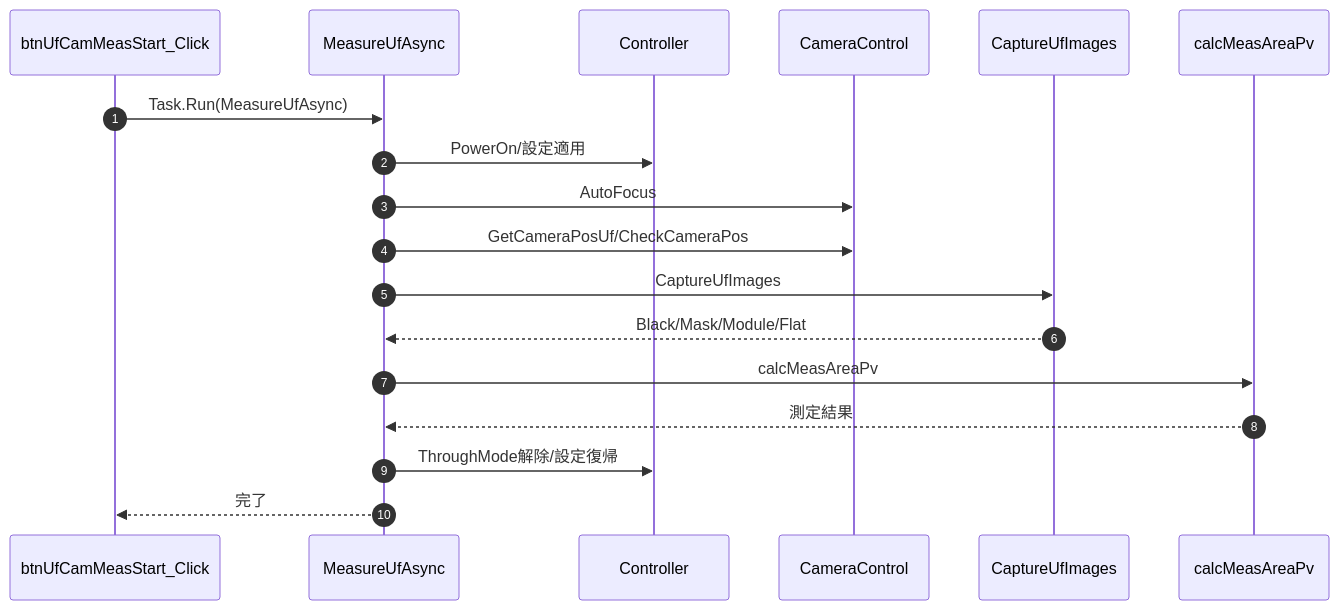
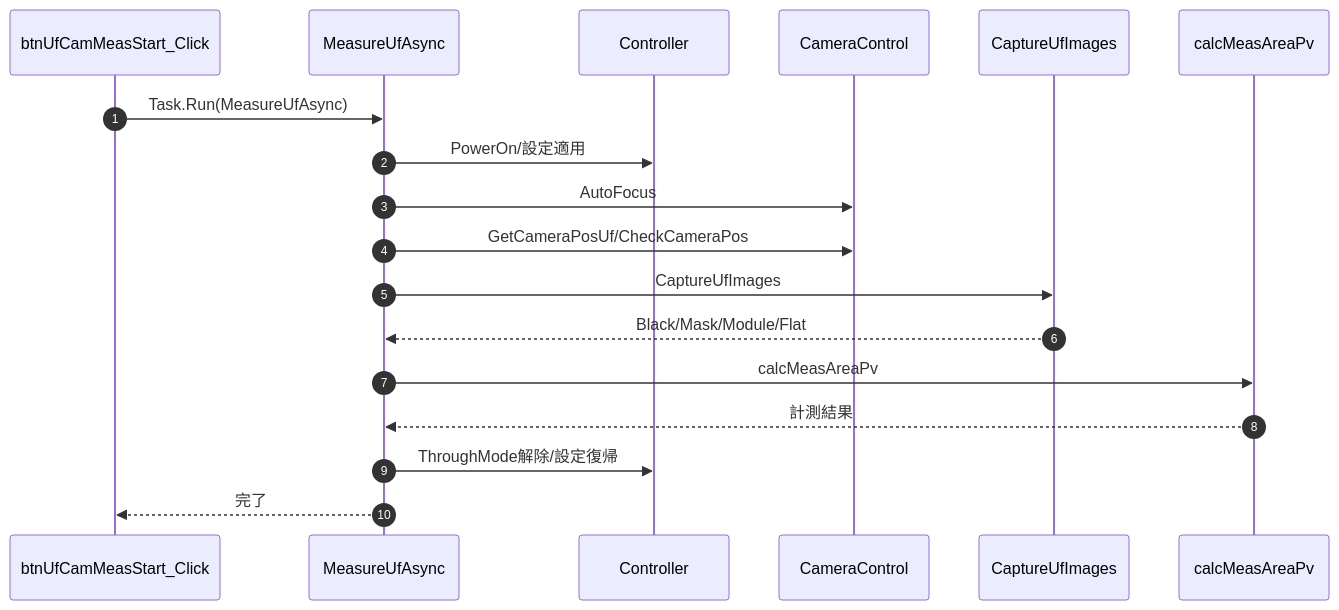
One commit to HottaTakayuki/ColorAlignmentSoftware changed the third of 8 diagrams in docs/02-01.UfCamera/UfCamera_詳細設計書/08_メソッド仕様/08-2_業務処理メソッド.md. Above: the diagram before and after it, drawn with Mermaid. The commit also changed other lines of this file and 69 other files, not shown here.

````diff
--- a/docs/02-01.UfCamera/UfCamera_詳細設計書/08_メソッド仕様/08-2_業務処理メソッド.md
+++ b/docs/02-01.UfCamera/UfCamera_詳細設計書/08_メソッド仕様/08-2_業務処理メソッド.md
@@ -233,20 +233,20 @@
 ```mermaid
 sequenceDiagram
     autonumber
     participant UI as btnUfCamMeasStart_Click
     participant MEAS as MeasureUfAsync
     participant CTRL as Controller
     participant CAM as CameraControl
     participant CAP as CaptureUfImages
     participant ANA as calcMeasAreaPv
     UI->>MEAS: Task.Run(MeasureUfAsync)
     MEAS->>CTRL: PowerOn/設定適用
     MEAS->>CAM: AutoFocus
     MEAS->>CAM: GetCameraPosUf/CheckCameraPos
     MEAS->>CAP: CaptureUfImages
     CAP-->>MEAS: Black/Mask/Module/Flat
     MEAS->>ANA: calcMeasAreaPv
-    ANA-->>MEAS: 測定結果
+    ANA-->>MEAS: 計測結果
     MEAS->>CTRL: ThroughMode解除/設定復帰
     MEAS-->>UI: 完了
 ```
````
